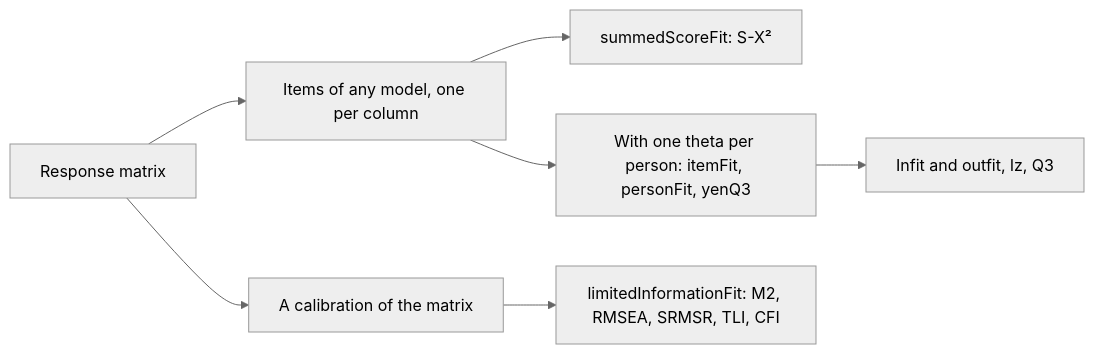
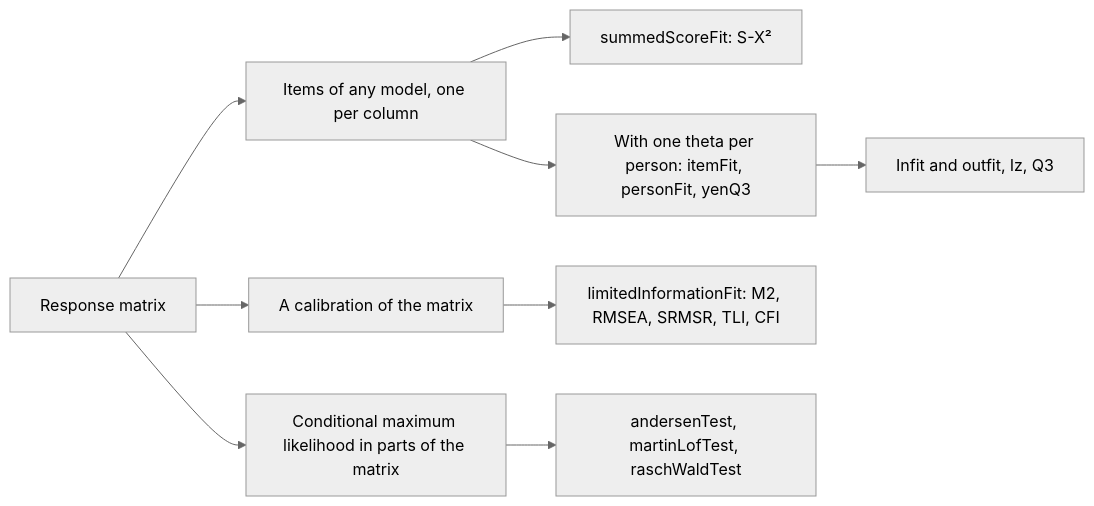
The first of 3 diagrams in docs/psychometrics/fit.md (measurekit/measurekit), drawn with Mermaid (neutral theme) before and after one commit. The commit also changed other lines of this file and 14 other files, not shown here.

First line of the commit message:
Add andersenTest, martinLofTest and raschWaldTest of the Rasch family, against eRm and base R where eRm is not the statistic

````diff
--- a/docs/psychometrics/fit.md
+++ b/docs/psychometrics/fit.md
@@ -8,9 +8,11 @@
 ```mermaid
 flowchart LR
   M["Response matrix"] --> I["Items of any model, one per column"]
   I --> S["summedScoreFit: S-X²"]
   I --> R["With one theta per person: itemFit, personFit, yenQ3"]
   R --> A["Infit and outfit, lz, Q3"]
   M --> C["A calibration of the matrix"]
   C --> L["limitedInformationFit: M2, RMSEA, SRMSR, TLI, CFI"]
+  M --> T["Conditional maximum likelihood in parts of the matrix"]
+  T --> E["andersenTest, martinLofTest, raschWaldTest"]
 ```
````
